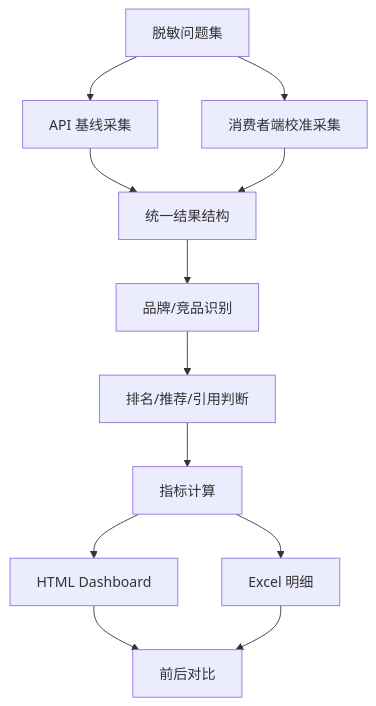
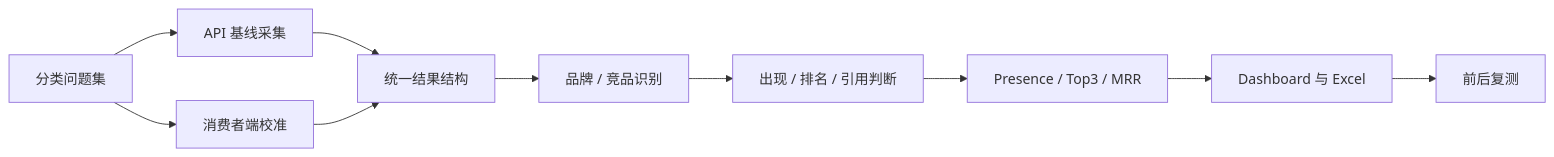
Before and after one commit to Baibaibin/ai-workflow-portfolio: the diagram in cases/04-ai-search-visibility-monitor.md, drawn with Mermaid. The commit also changed other lines of this file and 18 other files, not shown here.

````diff
--- a/cases/04-ai-search-visibility-monitor.md
+++ b/cases/04-ai-search-visibility-monitor.md
@@ -13,14 +30,12 @@
 ```mermaid
-flowchart TD
-  A[脱敏问题集] --> B[API 基线采集]
-  A --> C[消费者端校准采集]
+flowchart LR
+  A[分类问题集] --> B[API 基线采集]
+  A --> C[消费者端校准]
   B --> D[统一结果结构]
   C --> D
-  D --> E[品牌/竞品识别]
-  E --> F[排名/推荐/引用判断]
-  F --> G[指标计算]
-  G --> H[HTML Dashboard]
-  G --> I[Excel 明细]
-  H --> J[前后对比]
-  I --> J
+  D --> E[品牌 / 竞品识别]
+  E --> F[出现 / 排名 / 引用判断]
+  F --> G[Presence / Top3 / MRR]
+  G --> H[Dashboard 与 Excel]
+  H --> I[前后复测]
 ```
````
